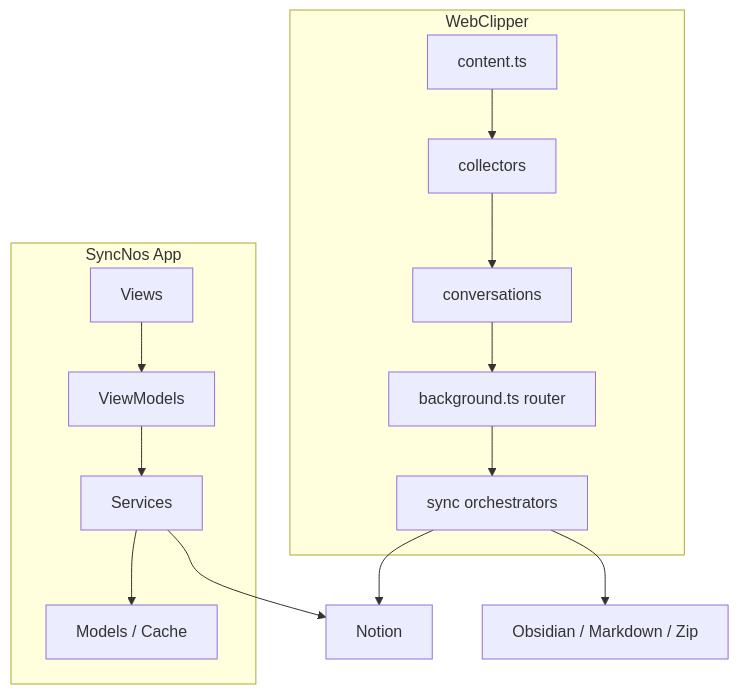
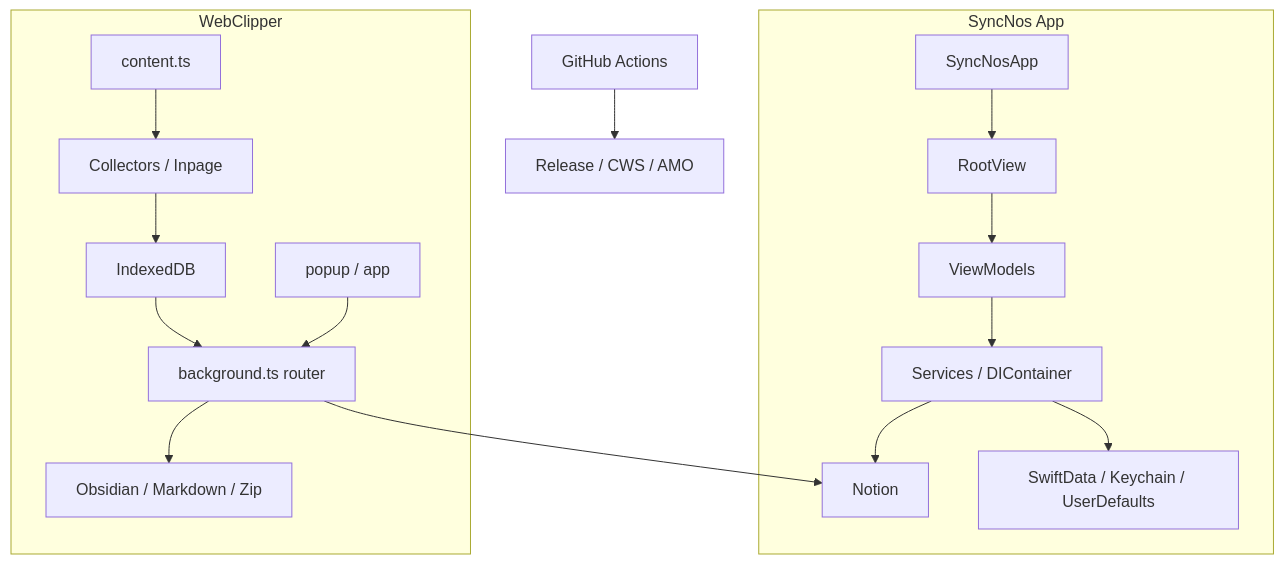
The diagram in .github/deepwiki/architecture.md (chiimagnus/SyncNos), drawn with Mermaid before and after one commit. The commit also changed other lines of this file and 16 other files, not shown here.

````diff
--- a/.github/deepwiki/architecture.md
+++ b/.github/deepwiki/architecture.md
@@ -44,19 +66,21 @@
 ```mermaid
 flowchart TB
-  subgraph App["SyncNos App"]
-    A1[Views] --> A2[ViewModels]
-    A2 --> A3[Services]
-    A3 --> A4[Models / Cache]
+  subgraph App[SyncNos App]
+    A1[SyncNosApp] --> A2[RootView]
+    A2 --> A3[ViewModels]
+    A3 --> A4[Services / DIContainer]
+    A4 --> A5[SwiftData / Keychain / UserDefaults]
+    A4 --> N[Notion]
   end
 
-  subgraph Extension["WebClipper"]
-    B1[content.ts] --> B2[collectors]
-    B2 --> B3[conversations]
-    B3 --> B4[background.ts router]
-    B4 --> B5[sync orchestrators]
+  subgraph Ext[WebClipper]
+    B1[content.ts] --> B2[Collectors / Inpage]
+    B2 --> B3[IndexedDB]
+    B4[popup / app] --> B5[background.ts router]
+    B3 --> B5
+    B5 --> N
+    B5 --> O[Obsidian / Markdown / Zip]
   end
 
-  A3 --> N[Notion]
-  B5 --> N
-  B5 --> O[Obsidian / Markdown / Zip]
+  R[GitHub Actions] --> G[Release / CWS / AMO]
 ```
````
